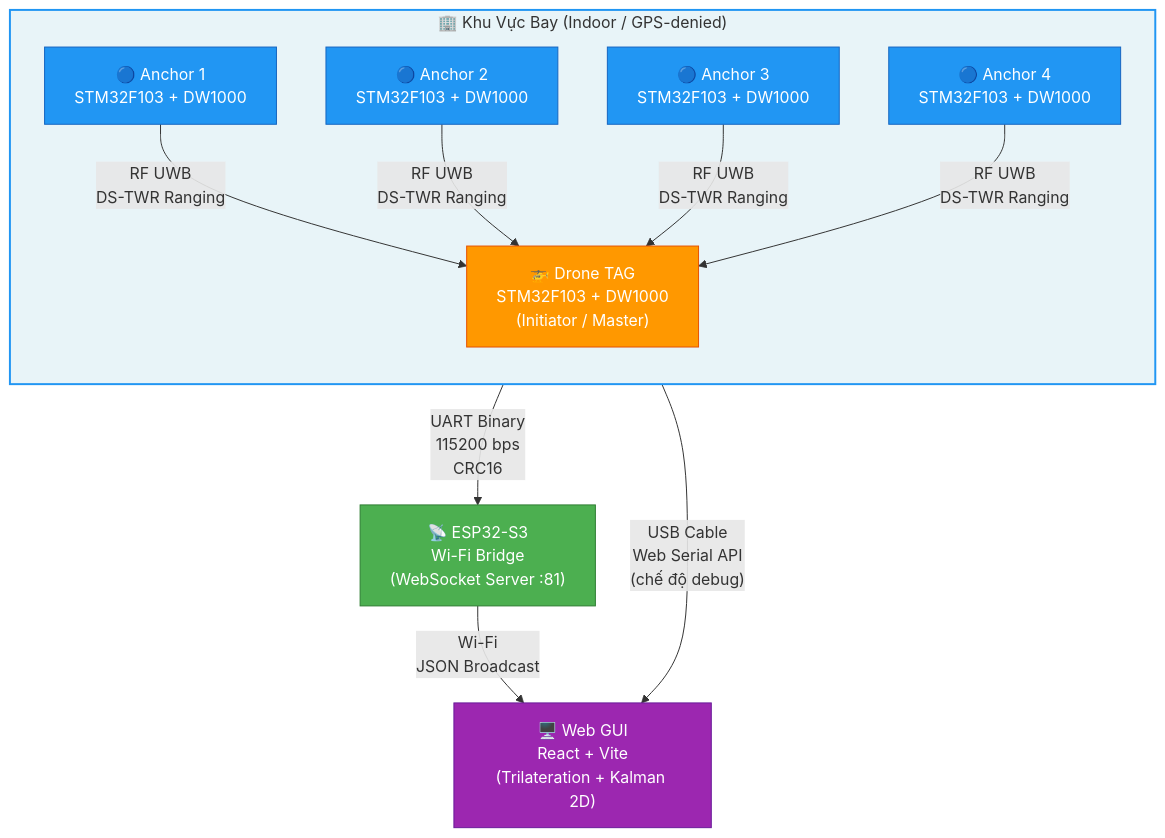
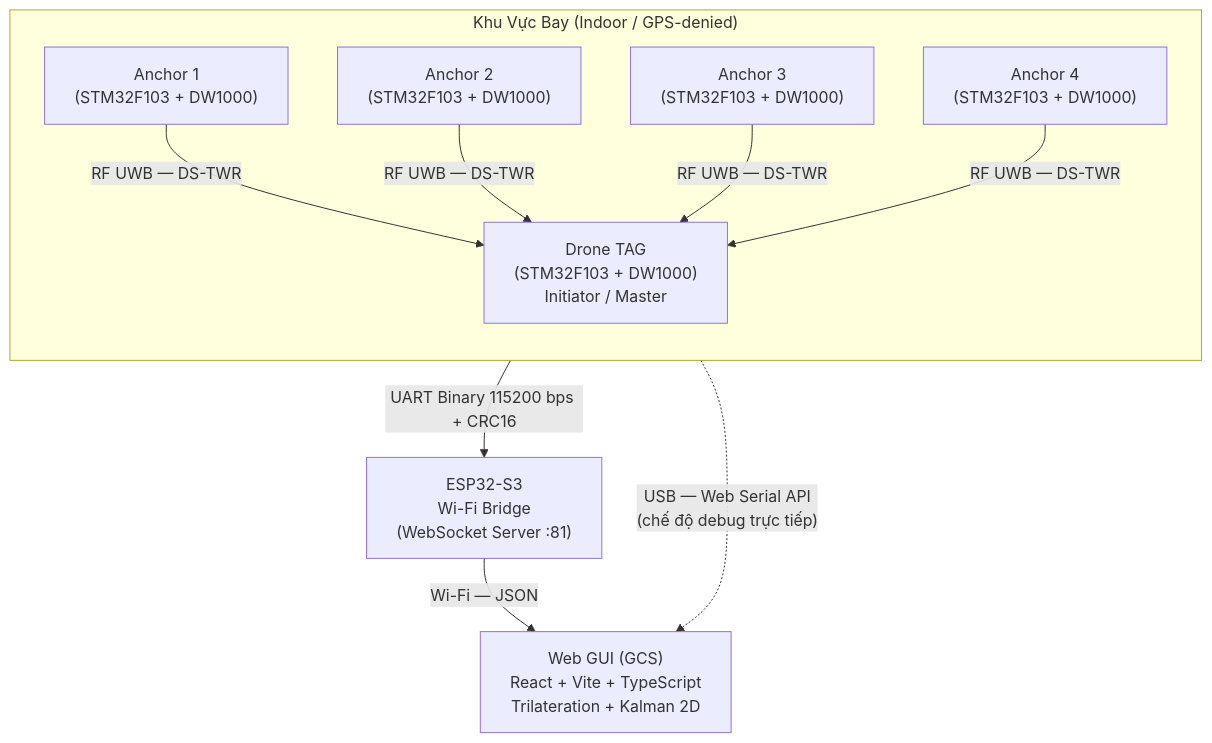
Before and after one commit to TuanLinh05/UWB-For-Drone: the diagram in README.md, drawn with Mermaid.

````diff
--- a/README.md
+++ b/README.md
@@ -45,37 +45,33 @@
 ```mermaid
 flowchart TD
-    subgraph ZONE["🏢 Khu Vực Bay (Indoor / GPS-denied)"]
+    subgraph ZONE["Khu Vực Bay (Indoor / GPS-denied)"]
         direction TB
-        A1["🔵 Anchor 1
-STM32F103 + DW1000"]
-        A2["🔵 Anchor 2
-STM32F103 + DW1000"]
-        A3["🔵 Anchor 3
-STM32F103 + DW1000"]
-        A4["🔵 Anchor 4
-STM32F103 + DW1000"]
-        TAG["🚁 Drone TAG
-STM32F103 + DW1000
-(Initiator / Master)"]
+        A1["Anchor 1
+(STM32F103 + DW1000)"]
+        A2["Anchor 2
+(STM32F103 + DW1000)"]
+        A3["Anchor 3
+(STM32F103 + DW1000)"]
+        A4["Anchor 4
+(STM32F103 + DW1000)"]
+        TAG["Drone TAG
+(STM32F103 + DW1000)
+Initiator / Master"]
     end
 
-    A1 -- "RF UWB\nDS-TWR Ranging" --> TAG
-    A2 -- "RF UWB\nDS-TWR Ranging" --> TAG
-    A3 -- "RF UWB\nDS-TWR Ranging" --> TAG
-    A4 -- "RF UWB\nDS-TWR Ranging" --> TAG
+    A1 -->|"RF UWB — DS-TWR"| TAG
+    A2 -->|"RF UWB — DS-TWR"| TAG
+    A3 -->|"RF UWB — DS-TWR"| TAG
+    A4 -->|"RF UWB — DS-TWR"| TAG
 
-    TAG -- "UART Binary\n115200 bps\nCRC16" --> ESP["📡 ESP32-S3\nWi-Fi Bridge\n(WebSocket Server :81)"]
+    TAG -->|"UART Binary 115200 bps + CRC16"| ESP["ESP32-S3
+Wi-Fi Bridge
+(WebSocket Server :81)"]
 
-    ESP -- "Wi-Fi\nJSON Broadcast" --> GUI["🖥️ Web GUI\nReact + Vite\n(Trilateration + Kalman 2D)"]
+    ESP -->|"Wi-Fi — JSON"| GUI["Web GUI (GCS)
+React + Vite + TypeScript
+Trilateration + Kalman 2D"]
 
-    TAG -- "USB Cable\nWeb Serial API\n(chế độ debug)" --> GUI
-
-    style ZONE fill:#e8f4f8,stroke:#2196F3,stroke-width:2px
-    style TAG fill:#ff9800,color:#fff,stroke:#e65100
-    style A1 fill:#2196F3,color:#fff,stroke:#1565C0
-    style A2 fill:#2196F3,color:#fff,stroke:#1565C0
-    style A3 fill:#2196F3,color:#fff,stroke:#1565C0
-    style A4 fill:#2196F3,color:#fff,stroke:#1565C0
-    style ESP fill:#4CAF50,color:#fff,stroke:#2E7D32
-    style GUI fill:#9C27B0,color:#fff,stroke:#6A1B9A
+    TAG -.->|"USB — Web Serial API
+(chế độ debug trực tiếp)"| GUI
 ```
````
